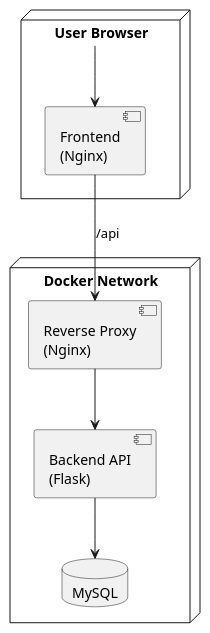
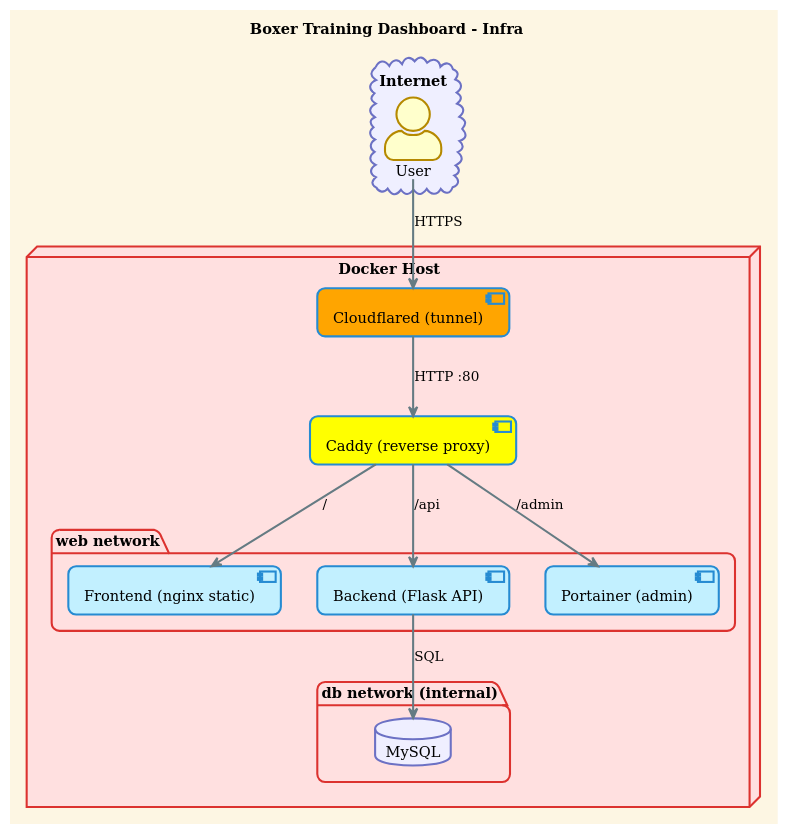
Before and after one commit to RizleneBERRAG/boxer-training-dashboard-devops: the diagram in architecture.puml, drawn with PlantUML. The commit also changed 3 other files, not shown here.

```diff
--- a/architecture.puml
+++ b/architecture.puml
@@ -1,16 +1,31 @@
 @startuml
-node "User Browser" {
-  component "Frontend\n(Nginx)"
+!theme sunlust
+title Boxer Training Dashboard - Infra
+
+node "Docker Host" {
+  component "Cloudflared (tunnel)" as Tunnel #Orange
+  component "Caddy (reverse proxy)" as Proxy #Yellow
+
+  package "web network" {
+    component "Frontend (nginx static)" as Front
+    component "Backend (Flask API)" as Back
+    component "Portainer (admin)" as Admin
+  }
+
+  package "db network (internal)" {
+    database "MySQL" as DB
+  }
 }
 
-node "Docker Network" {
-  component "Reverse Proxy\n(Nginx)"
-  component "Backend API\n(Flask)"
-  database "MySQL"
+cloud "Internet" {
+  actor User
 }
 
-"User Browser" --> "Frontend\n(Nginx)"
-"Frontend\n(Nginx)" --> "Reverse Proxy\n(Nginx)" : /api
-"Reverse Proxy\n(Nginx)" --> "Backend API\n(Flask)"
-"Backend API\n(Flask)" --> "MySQL"
+User --> Tunnel : HTTPS
+Tunnel --> Proxy : HTTP :80
+Proxy --> Front : /
+Proxy --> Back : /api
+Proxy --> Admin : /admin
+Back --> DB : SQL
+
 @enduml
```
